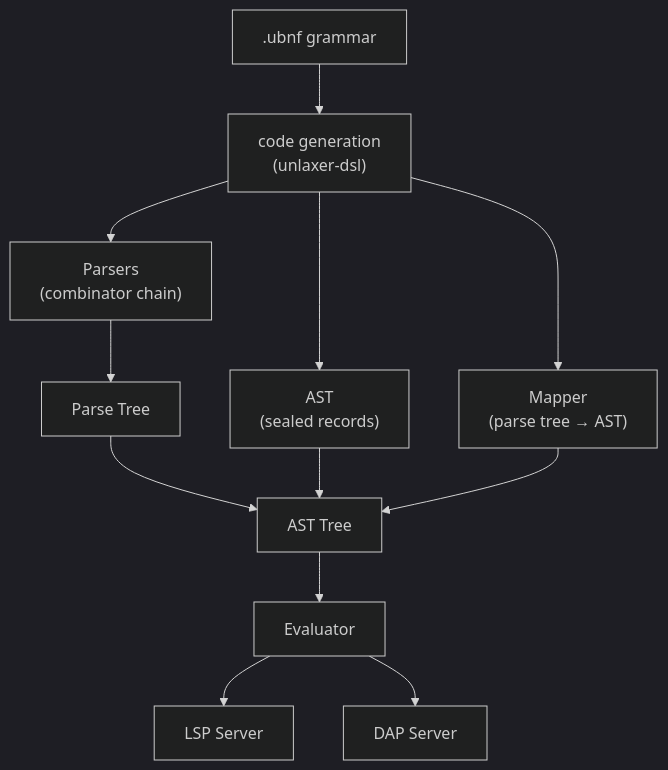
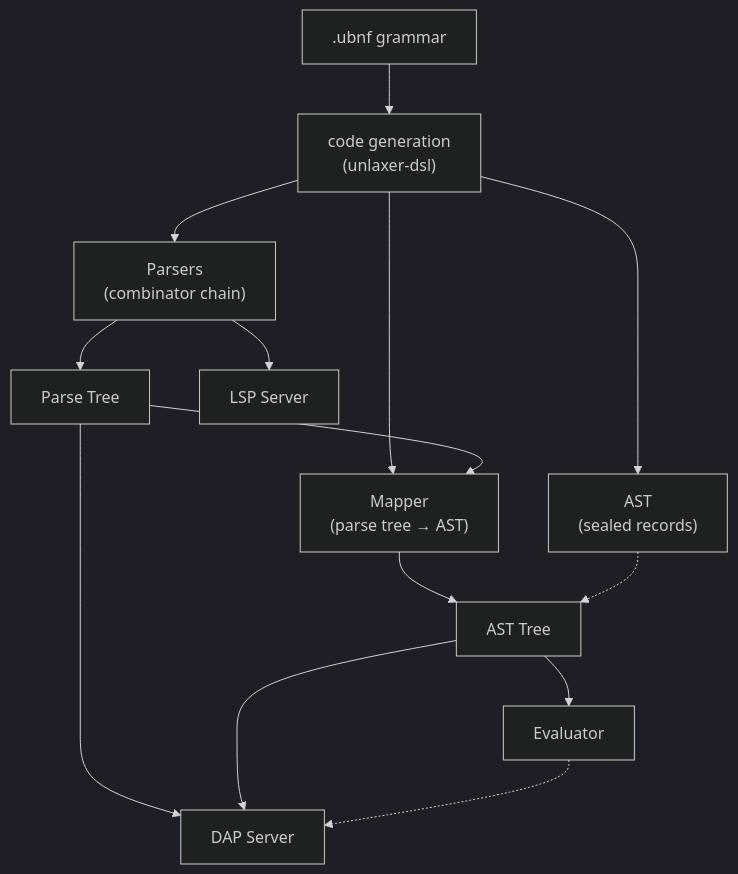
One commit to opaopa6969/unlaxer-parser changed the second of 2 diagrams in README-ja.md. Above: the diagram before and after it, drawn with Mermaid (dark theme). The commit also changed other lines of this file and 3 other files, not shown here.

````diff
--- a/README-ja.md
+++ b/README-ja.md
@@ -291,23 +368,24 @@
 ```mermaid
 flowchart TD
     G[.ubnf grammar]
     Gen["code generation<br/>(unlaxer-dsl)"]
     Parsers["Parsers<br/>(combinator chain)"]
     AST["AST<br/>(sealed records)"]
     Mapper["Mapper<br/>(parse tree → AST)"]
     PT[Parse Tree]
     AT[AST Tree]
     Eval[Evaluator]
     LSP[LSP Server]
     DAP[DAP Server]
 
     G --> Gen
     Gen --> Parsers
     Gen --> AST
     Gen --> Mapper
-    Parsers --> PT --> AT --> Eval
-    AST --> AT
-    Mapper --> AT
-    Eval --> LSP
-    Eval --> DAP
+    Parsers --> PT --> Mapper --> AT --> Eval
+    AST -.-> AT
+    Parsers --> LSP
+    PT --> DAP
+    AT --> DAP
+    Eval -.-> DAP
 ```
````
